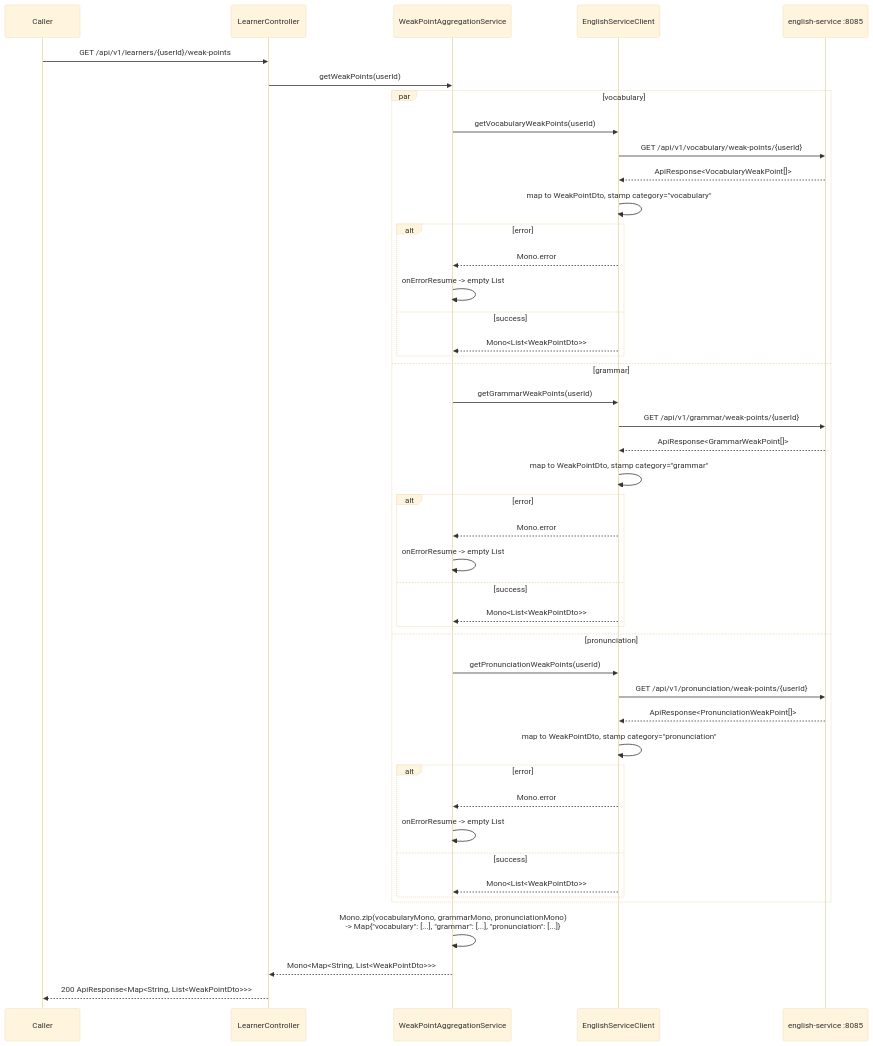
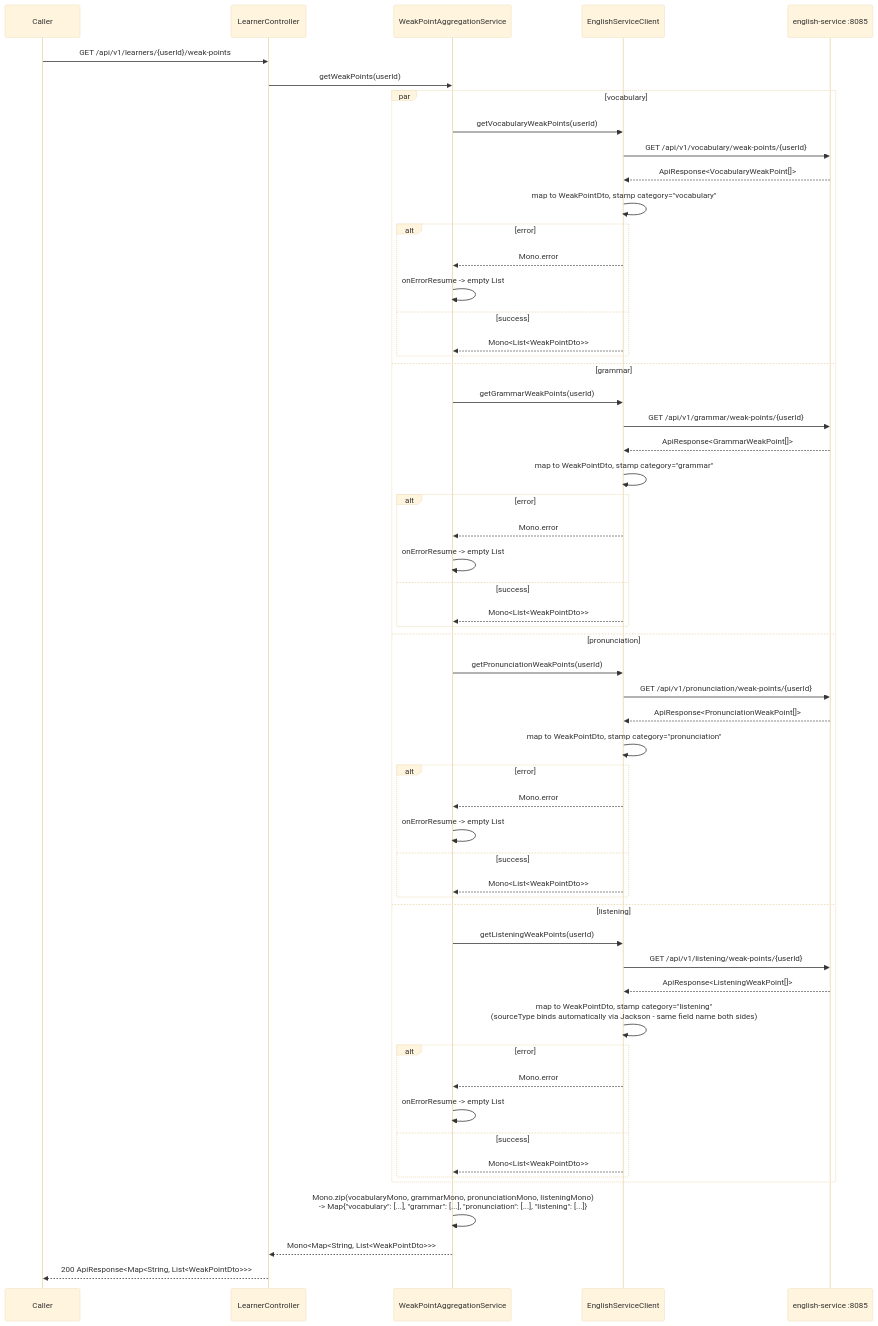
The diagram in docs/sequence/Bff_service/weak-points.md (CuongNguyen13/RemeLearning), drawn with Mermaid before and after one commit. The commit also changed other lines of this file and 12 other files, not shown here.

````diff
--- a/docs/sequence/Bff_service/weak-points.md
+++ b/docs/sequence/Bff_service/weak-points.md
@@ -9,56 +9,67 @@
 ```mermaid
 ---
 config:
   theme: base
   themeVariables:
     background: '#ffffff'
 ---
 sequenceDiagram
     participant Caller
     participant Ctrl as LearnerController
     participant Svc as WeakPointAggregationService
     participant EngClient as EnglishServiceClient
     participant English as english-service :8085
 
     Caller->>Ctrl: GET /api/v1/learners/{userId}/weak-points
     Ctrl->>Svc: getWeakPoints(userId)
 
     par vocabulary
         Svc->>EngClient: getVocabularyWeakPoints(userId)
         EngClient->>English: GET /api/v1/vocabulary/weak-points/{userId}
         English-->>EngClient: ApiResponse<VocabularyWeakPoint[]>
         EngClient->>EngClient: map to WeakPointDto, stamp category="vocabulary"
         alt error
             EngClient-->>Svc: Mono.error
             Svc->>Svc: onErrorResume -> empty List
         else success
             EngClient-->>Svc: Mono<List<WeakPointDto>>
         end
     and grammar
         Svc->>EngClient: getGrammarWeakPoints(userId)
         EngClient->>English: GET /api/v1/grammar/weak-points/{userId}
         English-->>EngClient: ApiResponse<GrammarWeakPoint[]>
         EngClient->>EngClient: map to WeakPointDto, stamp category="grammar"
         alt error
             EngClient-->>Svc: Mono.error
             Svc->>Svc: onErrorResume -> empty List
         else success
             EngClient-->>Svc: Mono<List<WeakPointDto>>
         end
     and pronunciation
         Svc->>EngClient: getPronunciationWeakPoints(userId)
         EngClient->>English: GET /api/v1/pronunciation/weak-points/{userId}
         English-->>EngClient: ApiResponse<PronunciationWeakPoint[]>
         EngClient->>EngClient: map to WeakPointDto, stamp category="pronunciation"
         alt error
             EngClient-->>Svc: Mono.error
             Svc->>Svc: onErrorResume -> empty List
         else success
             EngClient-->>Svc: Mono<List<WeakPointDto>>
         end
+    and listening
+        Svc->>EngClient: getListeningWeakPoints(userId)
+        EngClient->>English: GET /api/v1/listening/weak-points/{userId}
+        English-->>EngClient: ApiResponse<ListeningWeakPoint[]>
+        EngClient->>EngClient: map to WeakPointDto, stamp category="listening"<br/>(sourceType binds automatically via Jackson - same field name both sides)
+        alt error
+            EngClient-->>Svc: Mono.error
+            Svc->>Svc: onErrorResume -> empty List
+        else success
+            EngClient-->>Svc: Mono<List<WeakPointDto>>
+        end
     end
 
-    Svc->>Svc: Mono.zip(vocabularyMono, grammarMono, pronunciationMono)<br/>-> Map{"vocabulary": [...], "grammar": [...], "pronunciation": [...]}
+    Svc->>Svc: Mono.zip(vocabularyMono, grammarMono, pronunciationMono, listeningMono)<br/>-> Map{"vocabulary": [...], "grammar": [...], "pronunciation": [...], "listening": [...]}
     Svc-->>Ctrl: Mono<Map<String, List<WeakPointDto>>>
     Ctrl-->>Caller: 200 ApiResponse<Map<String, List<WeakPointDto>>>
 ```
````
